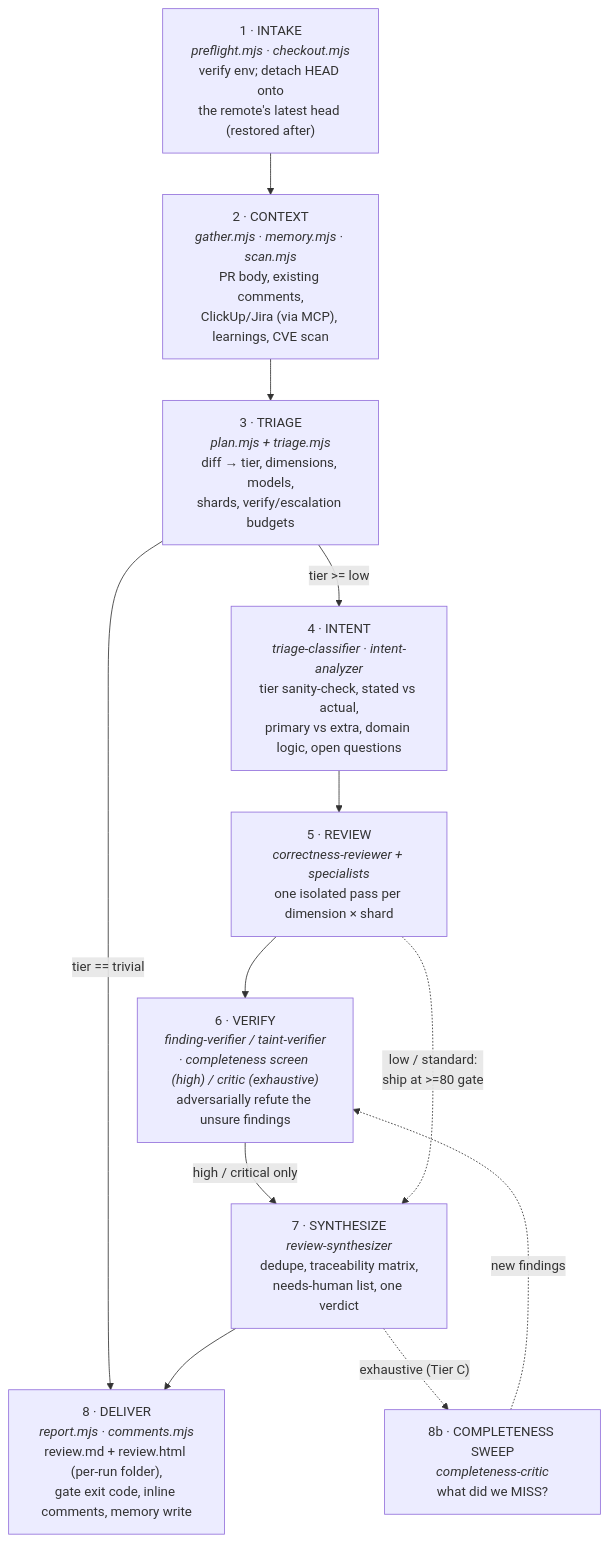
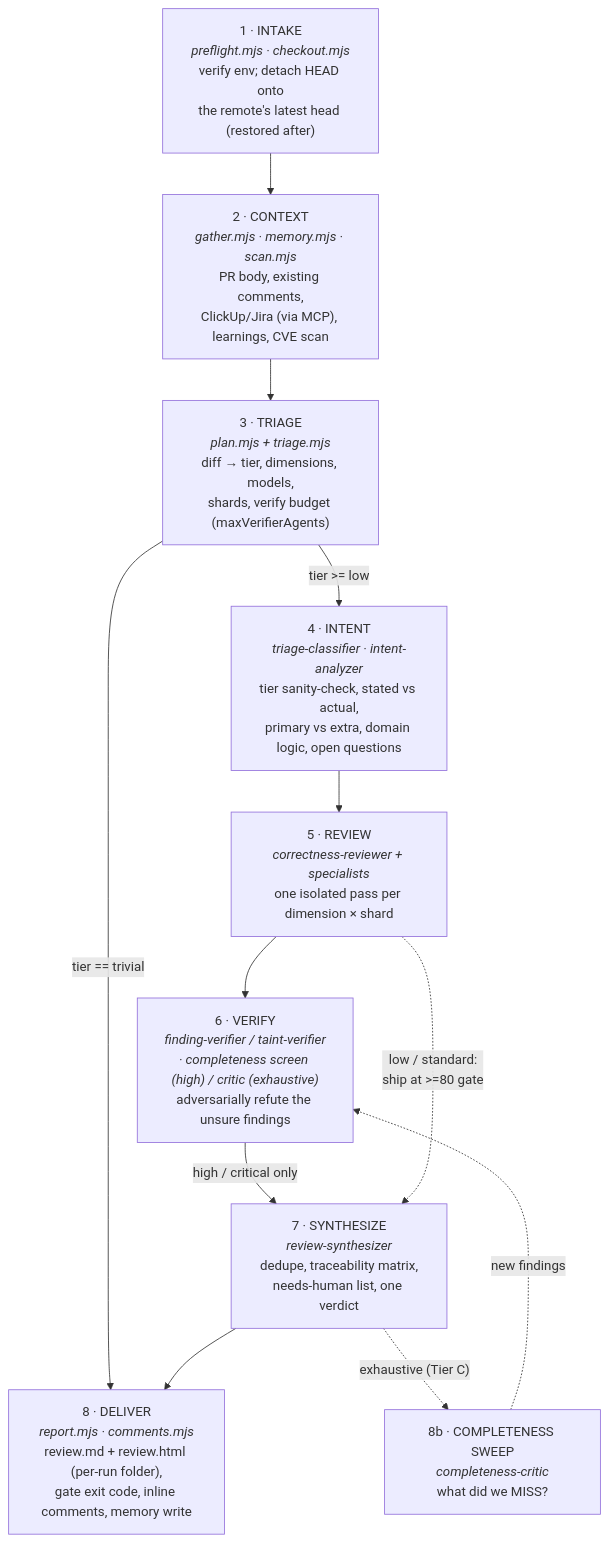
The second of 8 diagrams in docs/ARCHITECTURE.md (Tahmid12Khan/agentic-workflows), drawn with Mermaid before and after one commit. The commit also changed other lines of this file and 16 other files, not shown here.

````diff
--- a/docs/ARCHITECTURE.md
+++ b/docs/ARCHITECTURE.md
@@ -61,20 +61,20 @@
 ```mermaid
 flowchart TD
   A["1 · INTAKE<br/><i>preflight.mjs · checkout.mjs</i><br/>verify env; detach HEAD onto<br/>the remote's latest head (restored after)"]
   B["2 · CONTEXT<br/><i>gather.mjs · memory.mjs · scan.mjs</i><br/>PR body, existing comments,<br/>ClickUp/Jira (via MCP), learnings, CVE scan"]
-  C["3 · TRIAGE<br/><i>plan.mjs + triage.mjs</i><br/>diff → tier, dimensions, models,<br/>shards, verify/escalation budgets"]
+  C["3 · TRIAGE<br/><i>plan.mjs + triage.mjs</i><br/>diff → tier, dimensions, models,<br/>shards, verify budget (maxVerifierAgents)"]
   D["4 · INTENT<br/><i>triage-classifier · intent-analyzer</i><br/>tier sanity-check, stated vs actual,<br/>primary vs extra, domain logic, open questions"]
   E["5 · REVIEW<br/><i>correctness-reviewer + specialists</i><br/>one isolated pass per dimension × shard"]
   F["6 · VERIFY<br/><i>finding-verifier / taint-verifier<br/>· completeness screen (high) / critic (exhaustive)</i><br/>adversarially refute the unsure findings"]
   G["7 · SYNTHESIZE<br/><i>review-synthesizer</i><br/>dedupe, traceability matrix,<br/>needs-human list, one verdict"]
   H["8 · DELIVER<br/><i>report.mjs · comments.mjs</i><br/>review.md + review.html (per-run folder),<br/>gate exit code, inline comments, memory write"]
 
   A --> B --> C
   C -->|"tier == trivial"| H
   C -->|"tier >= low"| D --> E --> F
   F -->|"high / critical only"| G
   E -.->|"low / standard:<br/>ship at >=80 gate"| G
   G --> H
   G -.->|"exhaustive (Tier C)"| X["8b · COMPLETENESS SWEEP<br/><i>completeness-critic</i><br/>what did we MISS?"]
   X -.->|new findings| F
 ```
````
